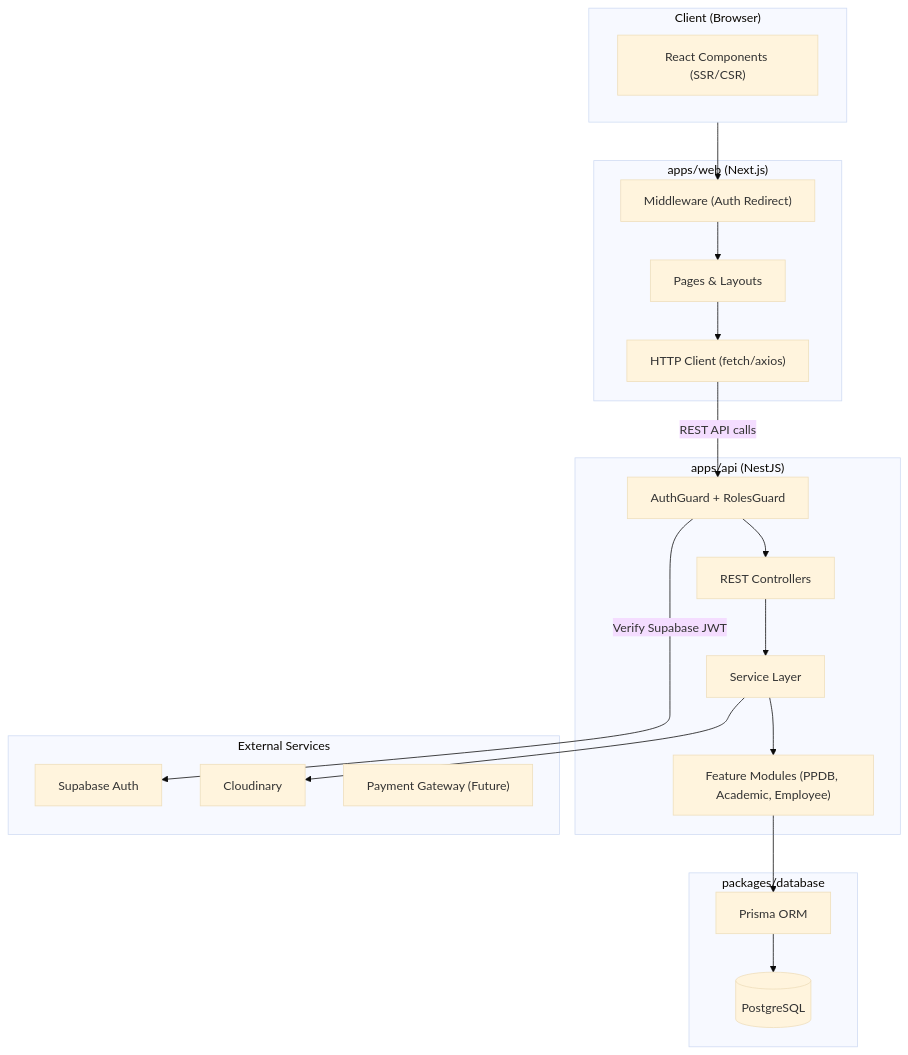
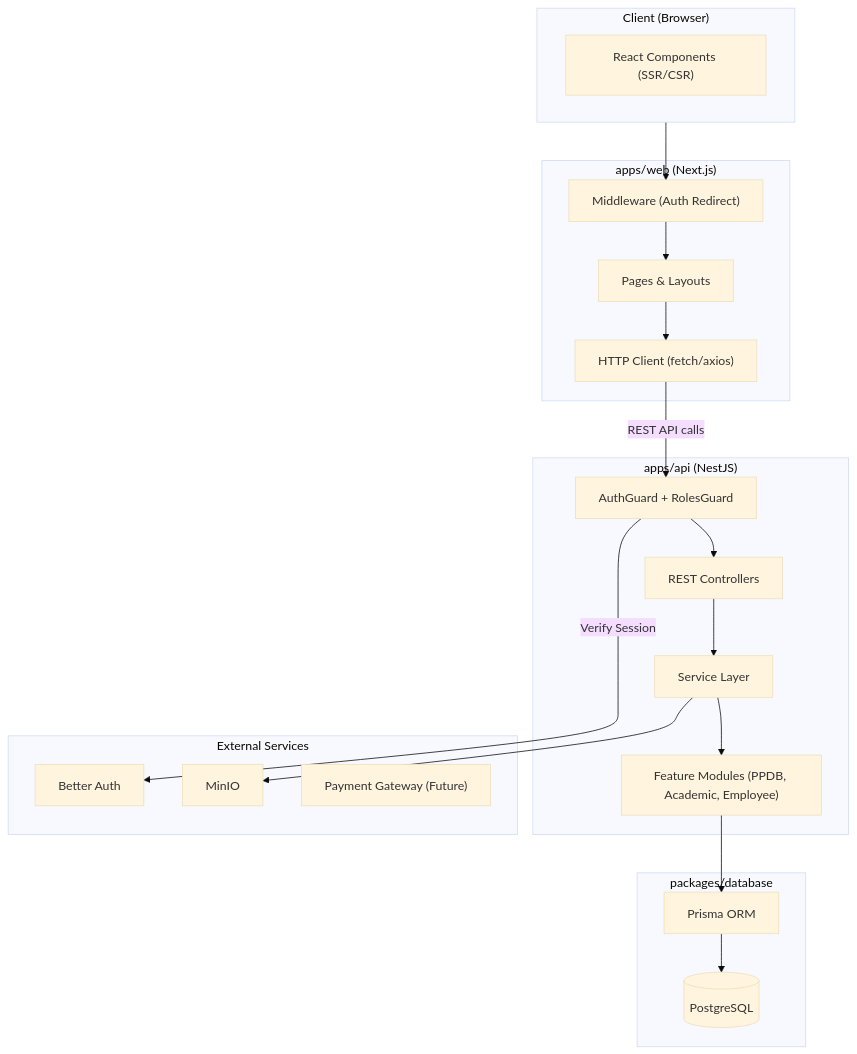
Before and after one commit to alchemista27/sim-alfida: the first of 9 diagrams in docs/TDD.md, drawn with Mermaid (base theme). The commit also changed other lines of this file and 180 other files, not shown here.

````diff
--- a/docs/TDD.md
+++ b/docs/TDD.md
@@ -21,42 +21,42 @@
 ```mermaid
 graph TB
     subgraph Client["Client (Browser)"]
         RSC["React Components (SSR/CSR)"]
     end
 
     subgraph "apps/web (Next.js)"
         MW["Middleware (Auth Redirect)"]
         Pages["Pages & Layouts"]
         ClientFetch["HTTP Client (fetch/axios)"]
     end
 
     subgraph "apps/api (NestJS)"
         Guards["AuthGuard + RolesGuard"]
         Controllers["REST Controllers"]
         NestServices["Service Layer"]
         NestModules["Feature Modules (PPDB, Academic, Employee)"]
     end
 
     subgraph "packages/database"
         ORM["Prisma ORM"]
         DB[("PostgreSQL")]
     end
 
     subgraph External["External Services"]
-        SupaAuth["Supabase Auth"]
-        Storage["Cloudinary"]
+        BetterAuth["Better Auth"]
+        Storage["MinIO"]
         PG["Payment Gateway (Future)"]
     end
 
     Client --> MW
     MW --> Pages
     Pages --> ClientFetch
     ClientFetch -->|REST API calls| Guards
-    Guards -->|Verify Supabase JWT| SupaAuth
+    Guards -->|Verify Session| BetterAuth
     Guards --> Controllers
     Controllers --> NestServices
     NestServices --> NestModules
     NestModules --> ORM
     ORM --> DB
     NestServices --> Storage
 ```
````
